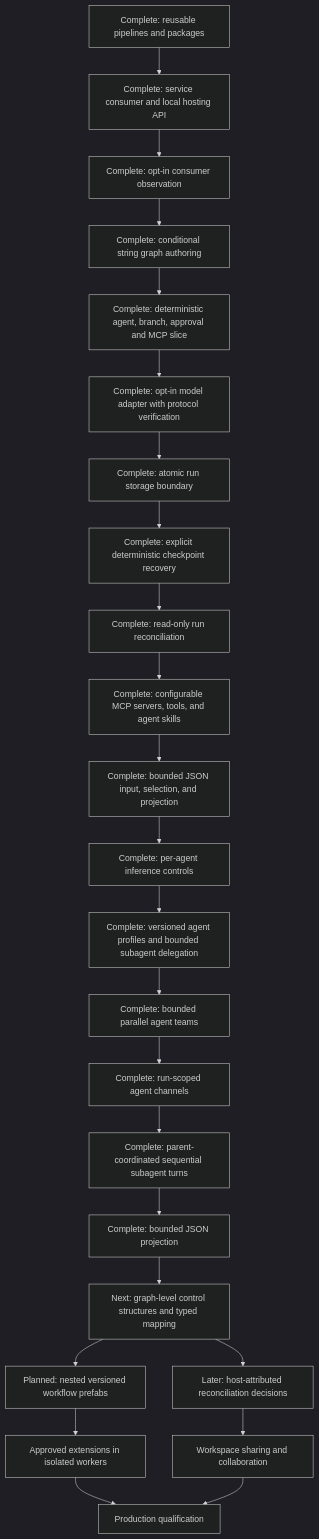
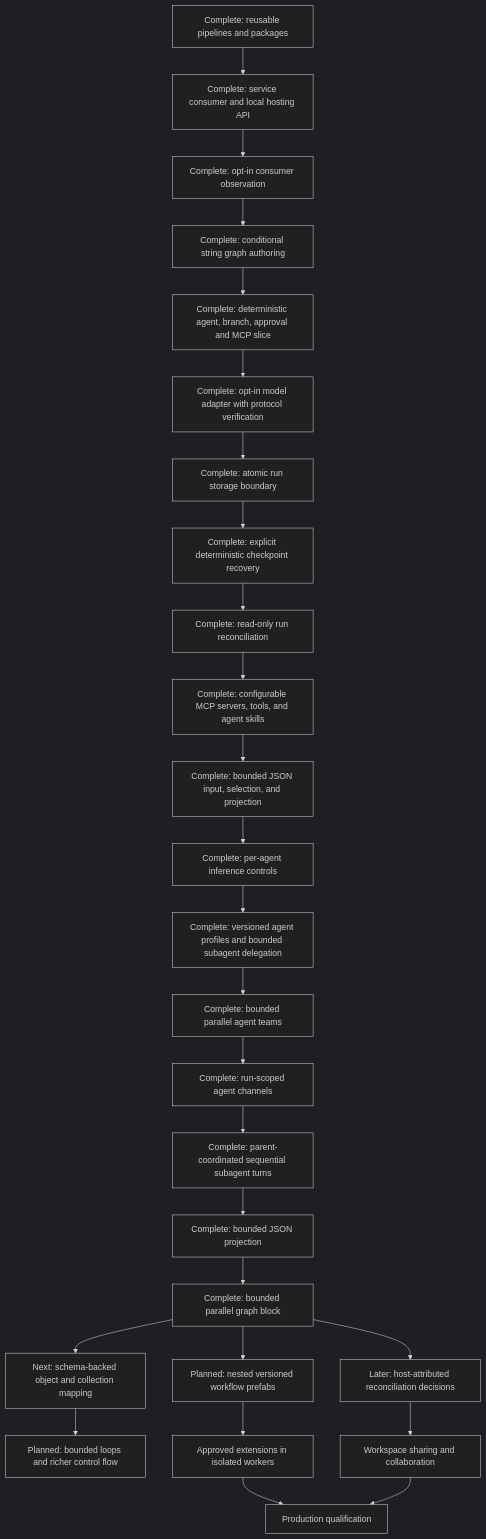
The diagram in docs/roadmap.md (gnalvesteffer/visual-agent-workflow), drawn with Mermaid (dark theme) before and after one commit. The commit also changed other lines of this file and 28 other files, not shown here.

Commit message:
feat: add bounded parallel graph blocks

````diff
--- a/docs/roadmap.md
+++ b/docs/roadmap.md
@@ -86,26 +86,28 @@
 ```mermaid
 flowchart TD
     Reuse["Complete: reusable pipelines and packages"] --> Hosting["Complete: service consumer and local hosting API"]
     Hosting --> Observe["Complete: opt-in consumer observation"]
     Observe --> Graph["Complete: conditional string graph authoring"]
     Graph --> Vertical["Complete: deterministic agent, branch, approval and MCP slice"]
     Vertical --> Models["Complete: opt-in model adapter with protocol verification"]
     Models --> Store["Complete: atomic run storage boundary"]
     Store --> Recovery["Complete: explicit deterministic checkpoint recovery"]
     Recovery --> Assess["Complete: read-only run reconciliation"]
     Assess --> Agents["Complete: configurable MCP servers, tools, and agent skills"]
     Agents --> JsonData["Complete: bounded JSON input, selection, and projection"]
     JsonData --> Controls["Complete: per-agent inference controls"]
     Controls --> Delegation["Complete: versioned agent profiles and bounded subagent delegation"]
     Delegation --> Teams["Complete: bounded parallel agent teams"]
     Teams --> Channels["Complete: run-scoped agent channels"]
     Channels --> DelegationRounds["Complete: parent-coordinated sequential subagent turns"]
     DelegationRounds --> JsonProjection["Complete: bounded JSON projection"]
-    JsonProjection --> Orchestration["Next: graph-level control structures and typed mapping"]
+    JsonProjection --> Orchestration["Complete: bounded parallel graph block"]
+    Orchestration --> TypedMapping["Next: schema-backed object and collection mapping"]
+    TypedMapping --> Loops["Planned: bounded loops and richer control flow"]
     Orchestration --> Assets["Planned: nested versioned workflow prefabs"]
     Orchestration --> Durable["Later: host-attributed reconciliation decisions"]
     Assets --> Extensions["Approved extensions in isolated workers"]
     Durable --> Collaboration["Workspace sharing and collaboration"]
     Extensions --> Production["Production qualification"]
     Collaboration --> Production
 ```
````
